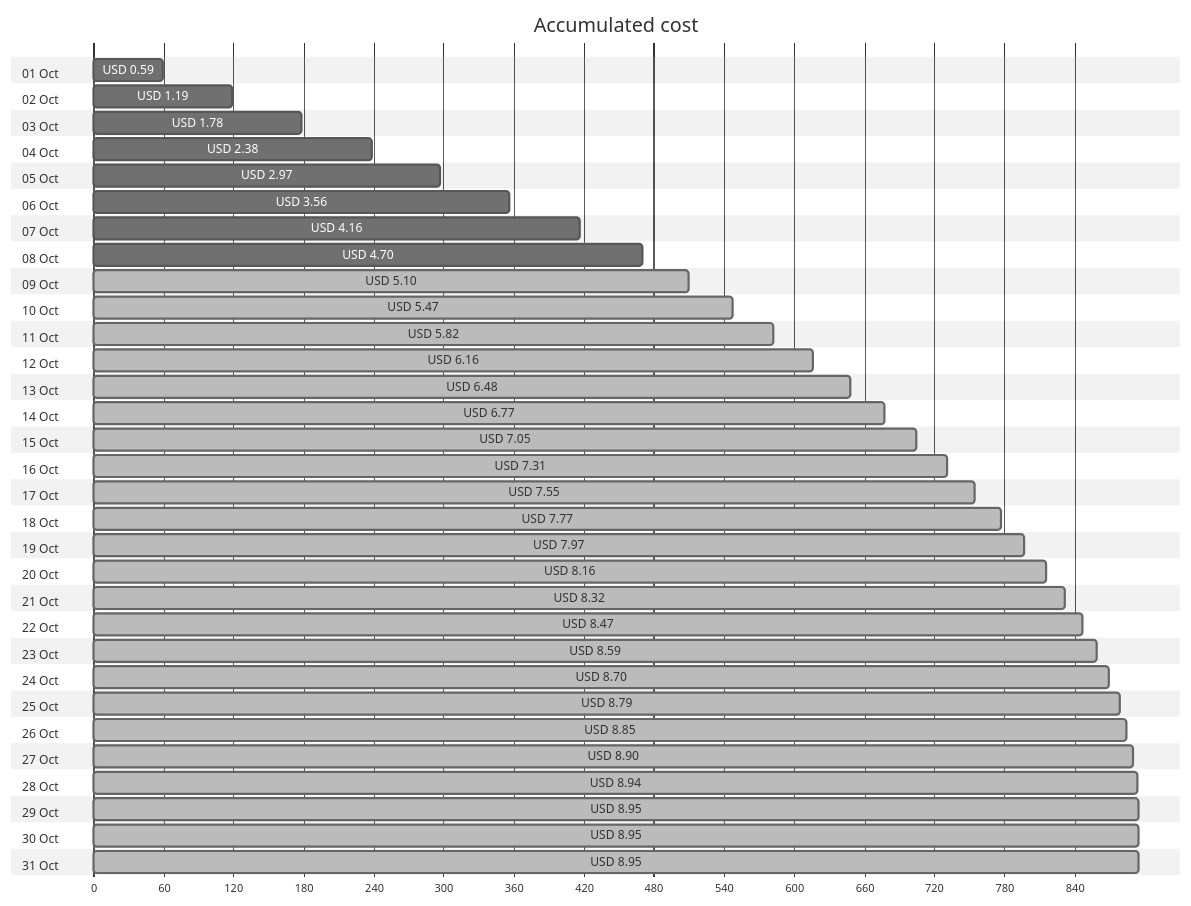
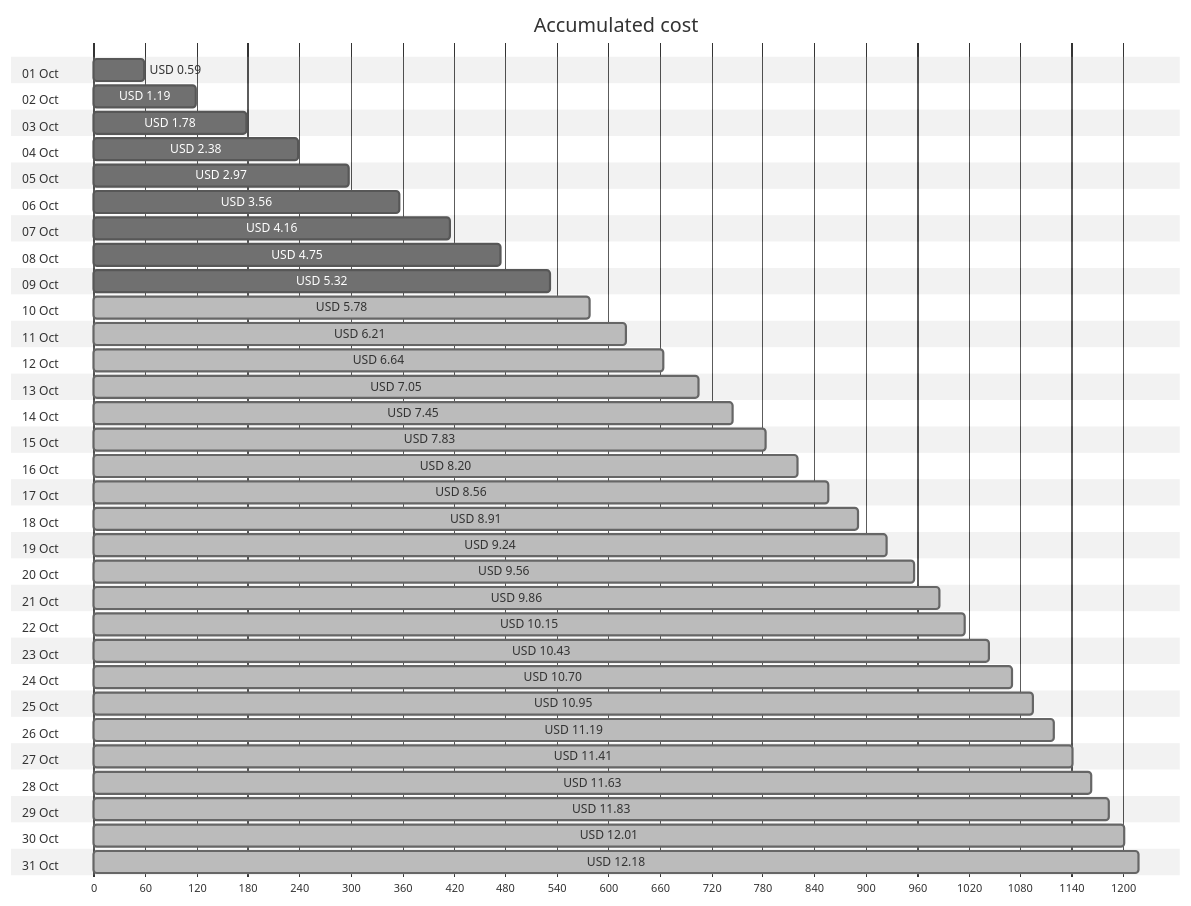
One commit to jpfulton/azure-personal-reports changed the first of 4 diagrams in cost-reports/personal-site/README.md. Above: the diagram before and after it, drawn with Mermaid (neutral theme). The commit also changed other lines of this file and 7 other files, not shown here.

````diff
--- a/cost-reports/personal-site/README.md
+++ b/cost-reports/personal-site/README.md
@@ -20,68 +20,68 @@
 ```mermaid
 gantt
    title Accumulated cost
    dateFormat  X
    axisFormat %s
    section 01 Oct
    USD 0.59 :0, 59
    section 02 Oct
    USD 1.19 :0, 119
    section 03 Oct
    USD 1.78 :0, 178
    section 04 Oct
    USD 2.38 :0, 238
    section 05 Oct
    USD 2.97 :0, 297
    section 06 Oct
    USD 3.56 :0, 356
    section 07 Oct
    USD 4.16 :0, 416
    section 08 Oct
-   USD 4.70 :0, 470
+   USD 4.75 :0, 475
    section 09 Oct
-   USD 5.10 : done, 0, 510
+   USD 5.32 :0, 532
    section 10 Oct
-   USD 5.47 : done, 0, 547
+   USD 5.78 : done, 0, 578
    section 11 Oct
-   USD 5.82 : done, 0, 582
+   USD 6.21 : done, 0, 621
    section 12 Oct
-   USD 6.16 : done, 0, 616
+   USD 6.64 : done, 0, 664
    section 13 Oct
-   USD 6.48 : done, 0, 648
+   USD 7.05 : done, 0, 705
    section 14 Oct
-   USD 6.77 : done, 0, 677
+   USD 7.45 : done, 0, 745
    section 15 Oct
-   USD 7.05 : done, 0, 705
+   USD 7.83 : done, 0, 783
    section 16 Oct
-   USD 7.31 : done, 0, 731
+   USD 8.20 : done, 0, 820
    section 17 Oct
-   USD 7.55 : done, 0, 755
+   USD 8.56 : done, 0, 856
    section 18 Oct
-   USD 7.77 : done, 0, 777
+   USD 8.91 : done, 0, 891
    section 19 Oct
-   USD 7.97 : done, 0, 797
+   USD 9.24 : done, 0, 924
    section 20 Oct
-   USD 8.16 : done, 0, 816
+   USD 9.56 : done, 0, 956
    section 21 Oct
-   USD 8.32 : done, 0, 832
+   USD 9.86 : done, 0, 986
    section 22 Oct
-   USD 8.47 : done, 0, 847
+   USD 10.15 : done, 0, 1015
    section 23 Oct
-   USD 8.59 : done, 0, 859
+   USD 10.43 : done, 0, 1043
    section 24 Oct
-   USD 8.70 : done, 0, 870
+   USD 10.70 : done, 0, 1070
    section 25 Oct
-   USD 8.79 : done, 0, 879
+   USD 10.95 : done, 0, 1095
    section 26 Oct
-   USD 8.85 : done, 0, 885
+   USD 11.19 : done, 0, 1119
    section 27 Oct
-   USD 8.90 : done, 0, 890
+   USD 11.41 : done, 0, 1141
    section 28 Oct
-   USD 8.94 : done, 0, 894
+   USD 11.63 : done, 0, 1163
    section 29 Oct
-   USD 8.95 : done, 0, 895
+   USD 11.83 : done, 0, 1183
    section 30 Oct
-   USD 8.95 : done, 0, 895
+   USD 12.01 : done, 0, 1201
    section 31 Oct
-   USD 8.95 : done, 0, 895
+   USD 12.18 : done, 0, 1218
 ```
````
